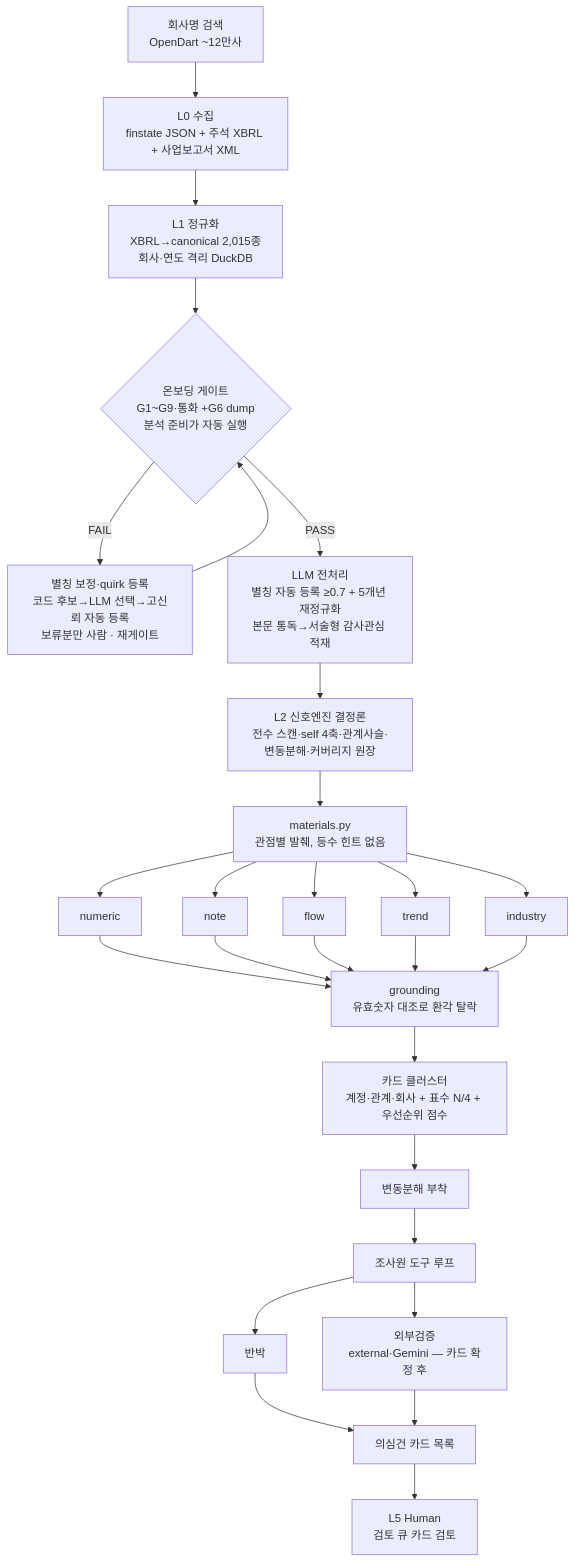
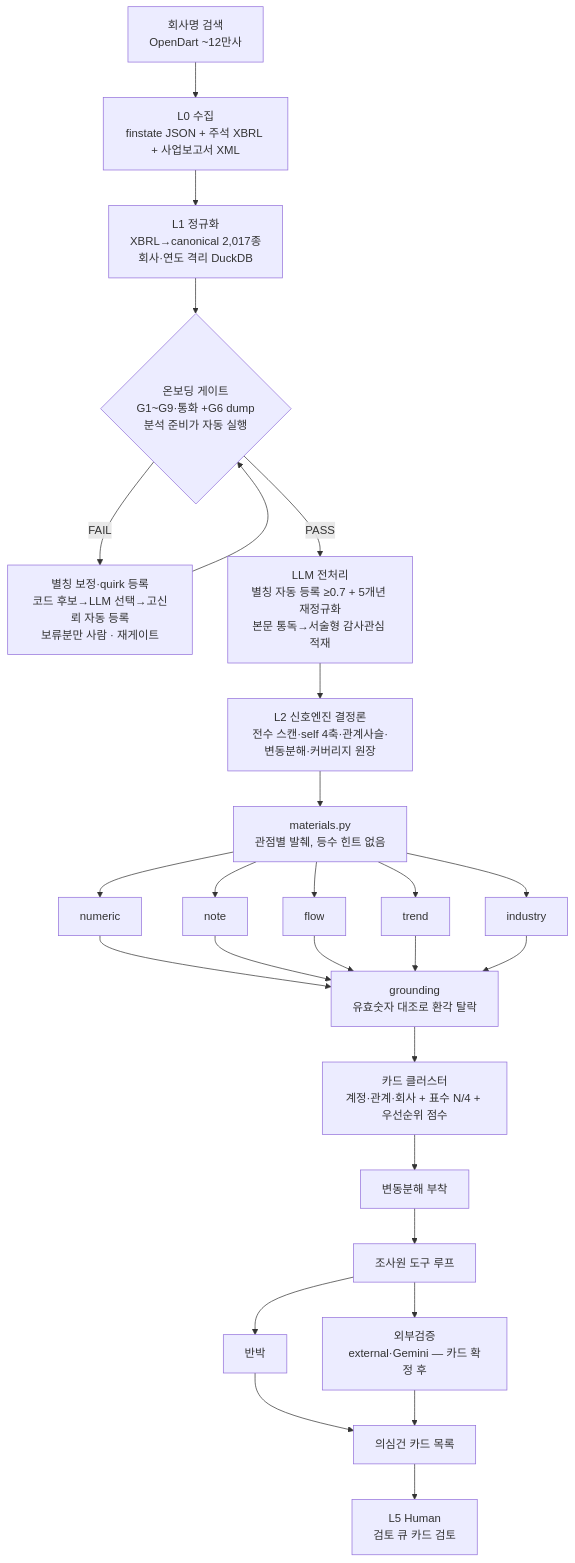
Before and after one commit to ghdtjrgns321-creator/fs-multi-analyzer: the diagram in FINAL-REPORT/2_PIPELINE.md, drawn with Mermaid. The commit also changed 8 other files, not shown here.

````diff
--- a/FINAL-REPORT/2_PIPELINE.md
+++ b/FINAL-REPORT/2_PIPELINE.md
@@ -5,24 +5,24 @@
 ```mermaid
 flowchart TD
     A[회사명 검색<br/>OpenDart ~12만사] --> B[L0 수집<br/>finstate JSON + 주석 XBRL + 사업보고서 XML]
-    B --> C[L1 정규화<br/>XBRL→canonical 2,015종<br/>회사·연도 격리 DuckDB]
+    B --> C[L1 정규화<br/>XBRL→canonical 2,017종<br/>회사·연도 격리 DuckDB]
     C --> G{온보딩 게이트<br/>G1~G9·통화 +G6 dump<br/>분석 준비가 자동 실행}
     G -->|FAIL| Q[별칭 보정·quirk 등록<br/>코드 후보→LLM 선택→고신뢰 자동 등록<br/>보류분만 사람 · 재게이트]
     Q --> G
     G -->|PASS| OB[LLM 전처리<br/>별칭 자동 등록 ≥0.7 + 5개년 재정규화<br/>본문 통독→서술형 감사관심 적재]
     OB --> S[L2 신호엔진 결정론<br/>전수 스캔·self 4축·관계사슬·변동분해·커버리지 원장]
     S --> M[materials.py<br/>관점별 발췌, 등수 힌트 없음]
     M --> P1[numeric]
     M --> P2[note]
     M --> P3[flow]
     M --> P4[trend]
     M --> P5[industry]
     P1 & P2 & P3 & P4 & P5 --> GR[grounding<br/>유효숫자 대조로 환각 탈락]
     GR --> CB[카드 클러스터<br/>계정·관계·회사 + 표수 N/4 + 우선순위 점수]
     CB --> DEC[변동분해 부착]
     DEC --> INV[조사원 도구 루프]
     INV --> RB[반박]
     INV --> EV[외부검증<br/>external·Gemini — 카드 확정 후]
     RB & EV --> CARD[의심건 카드 목록]
     CARD --> H[L5 Human<br/>검토 큐 카드 검토]
 ```
````
